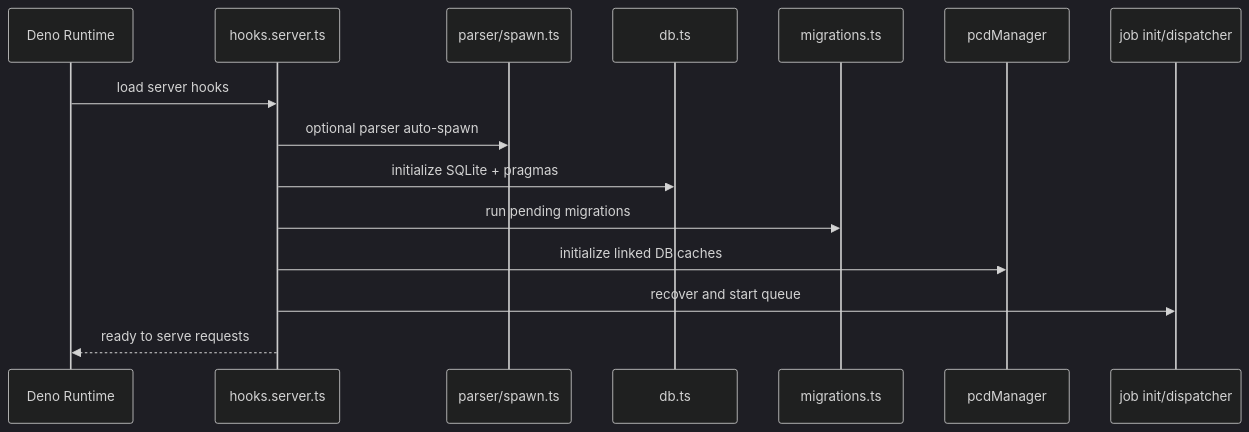
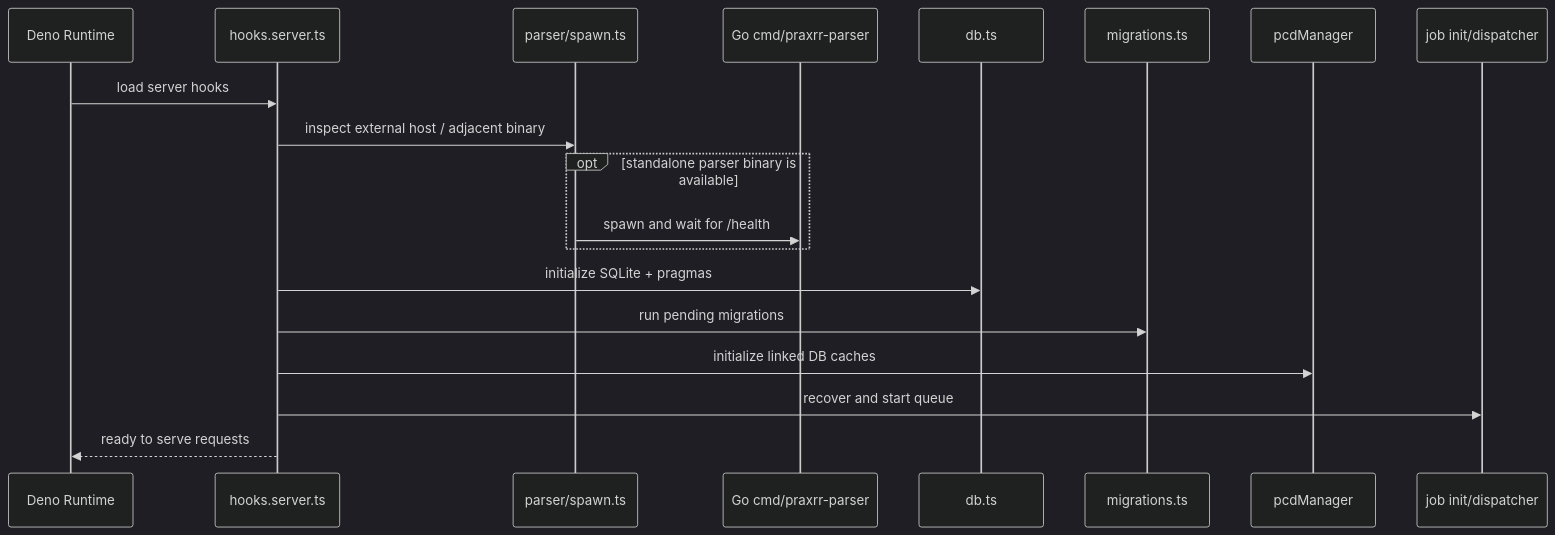
One commit to yandy-r/praxrr changed the first of 4 diagrams in docs/architecture/data-flow.md. Above: the diagram before and after it, drawn with Mermaid (dark theme). The commit also changed other lines of this file and 149 other files, not shown here.

````diff
--- a/docs/architecture/data-flow.md
+++ b/docs/architecture/data-flow.md
@@ -5,18 +5,22 @@
 ```mermaid
 sequenceDiagram
     participant Runtime as Deno Runtime
     participant Hooks as hooks.server.ts
-    participant Parser as parser/spawn.ts
+    participant ParserSpawn as parser/spawn.ts
+    participant Parser as Go cmd/praxrr-parser
     participant DB as db.ts
     participant Mig as migrations.ts
     participant PCD as pcdManager
     participant Jobs as job init/dispatcher
 
     Runtime->>Hooks: load server hooks
-    Hooks->>Parser: optional parser auto-spawn
+    Hooks->>ParserSpawn: inspect external host / adjacent binary
+    opt standalone parser binary is available
+  ParserSpawn->>Parser: spawn and wait for /health
+    end
     Hooks->>DB: initialize SQLite + pragmas
     Hooks->>Mig: run pending migrations
     Hooks->>PCD: initialize linked DB caches
     Hooks->>Jobs: recover and start queue
     Hooks-->>Runtime: ready to serve requests
 ```
````
